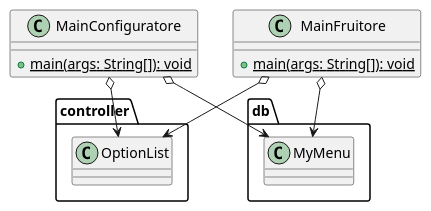
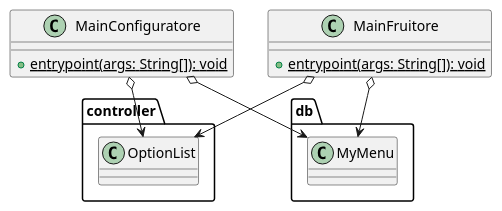
The diagram in Documentation/Ver2/main.puml (bernagit/IngegneriaSoftware), drawn with PlantUML before and after one commit. The commit also changed 5 other files, not shown here.

```diff
--- a/Documentation/Ver2/main.puml
+++ b/Documentation/Ver2/main.puml
@@ -1,19 +1,19 @@
-@startuml main
+@startuml entrypoint
 
 class MainConfiguratore {
-    +{static} main(args: String[]): void
+    +{static} entrypoint(args: String[]): void
 }
 
 class MainFruitore {
-    +{static} main(args: String[]): void
+    +{static} entrypoint(args: String[]): void
 }
 
 
 MainConfiguratore o--> controller.OptionList
 MainConfiguratore o--> db.MyMenu
 
 MainFruitore o--> controller.OptionList
 MainFruitore o--> db.MyMenu
 
 
 @enduml
```
